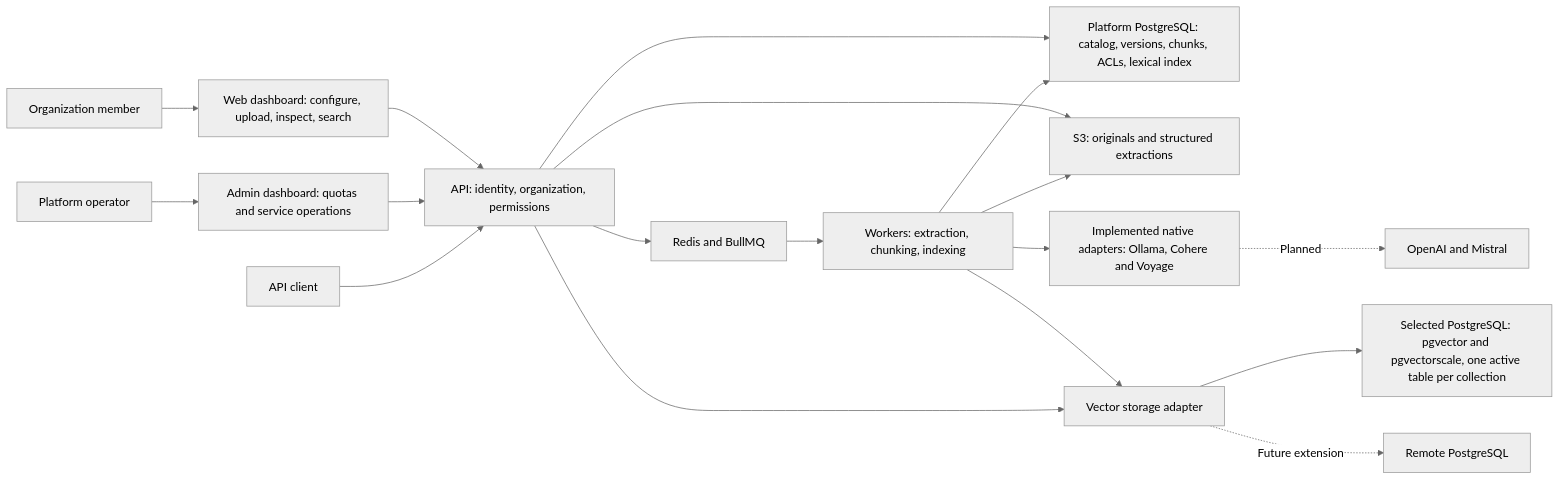
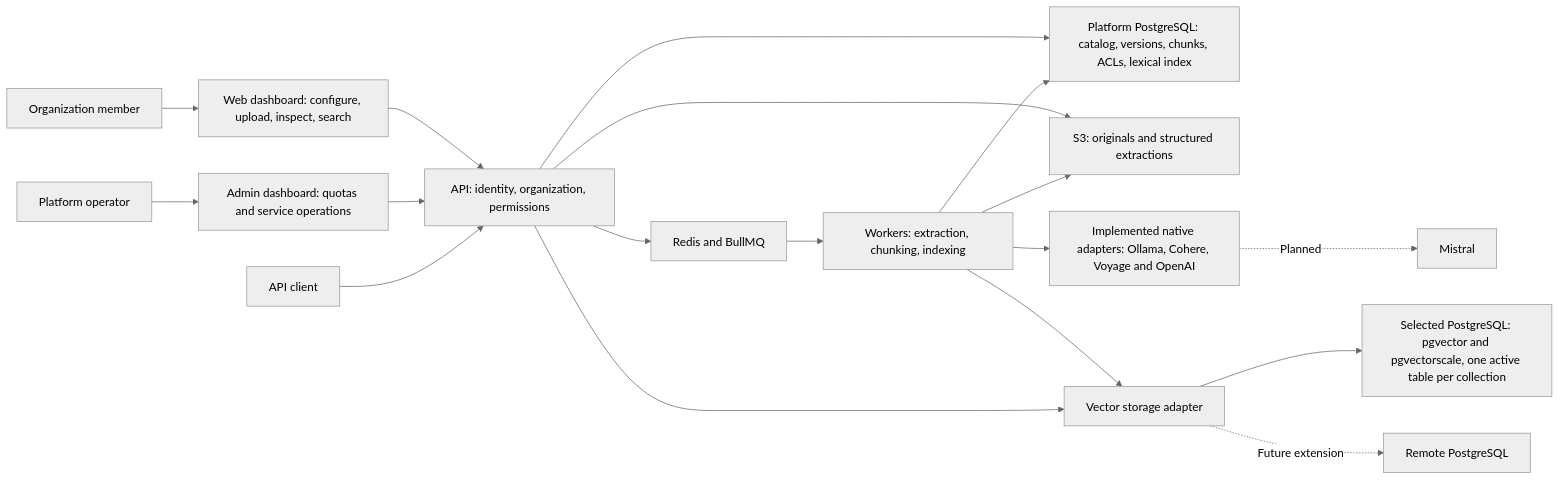
The first of 5 diagrams in docs/rag-implementation-plan.md (SimonLoir/vectorix), drawn with Mermaid (neutral theme) before and after one commit. The commit also changed other lines of this file and 34 other files, not shown here.

Commit message:
feat(rag): add native OpenAI indexing and search

````diff
--- a/docs/rag-implementation-plan.md
+++ b/docs/rag-implementation-plan.md
@@ -24,20 +24,20 @@
 ```mermaid
 flowchart LR
     U["Organization member"] --> WEB["Web dashboard: configure, upload, inspect, search"]
     OP["Platform operator"] --> ADMIN["Admin dashboard: quotas and service operations"]
     WEB --> API["API: identity, organization, permissions"]
     ADMIN --> API
     CLIENT["API client"] --> API
     API --> APP["Platform PostgreSQL: catalog, versions, chunks, ACLs, lexical index"]
     API --> S3["S3: originals and structured extractions"]
     API --> QUEUE["Redis and BullMQ"]
     QUEUE --> WORKER["Workers: extraction, chunking, indexing"]
     WORKER --> APP
     WORKER --> S3
-    WORKER --> EMB["Implemented native adapters: Ollama, Cohere and Voyage"]
-    EMB -. "Planned" .-> MORE["OpenAI and Mistral"]
+    WORKER --> EMB["Implemented native adapters: Ollama, Cohere, Voyage and OpenAI"]
+    EMB -. "Planned" .-> MORE["Mistral"]
     WORKER --> VS["Vector storage adapter"]
     API --> VS
     VS --> PG["Selected PostgreSQL: pgvector and pgvectorscale, one active table per collection"]
     VS -. "Future extension" .-> REMOTE["Remote PostgreSQL"]
 ```
````
